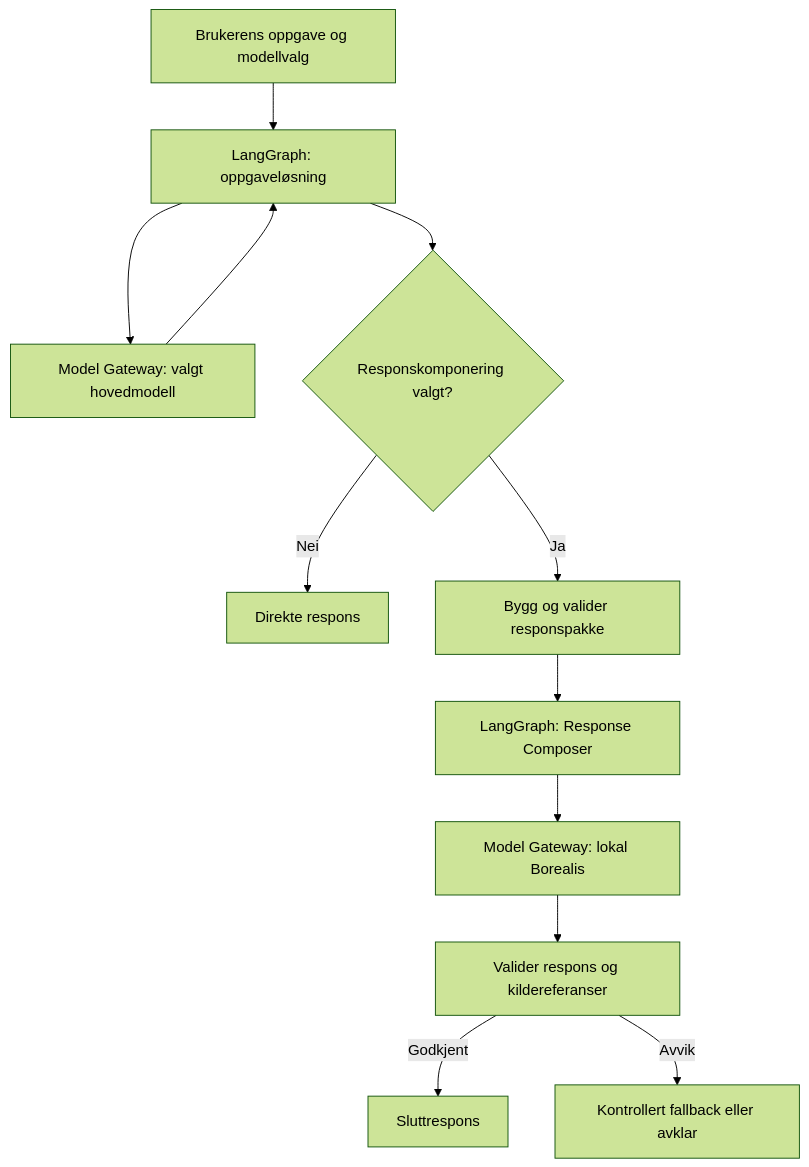
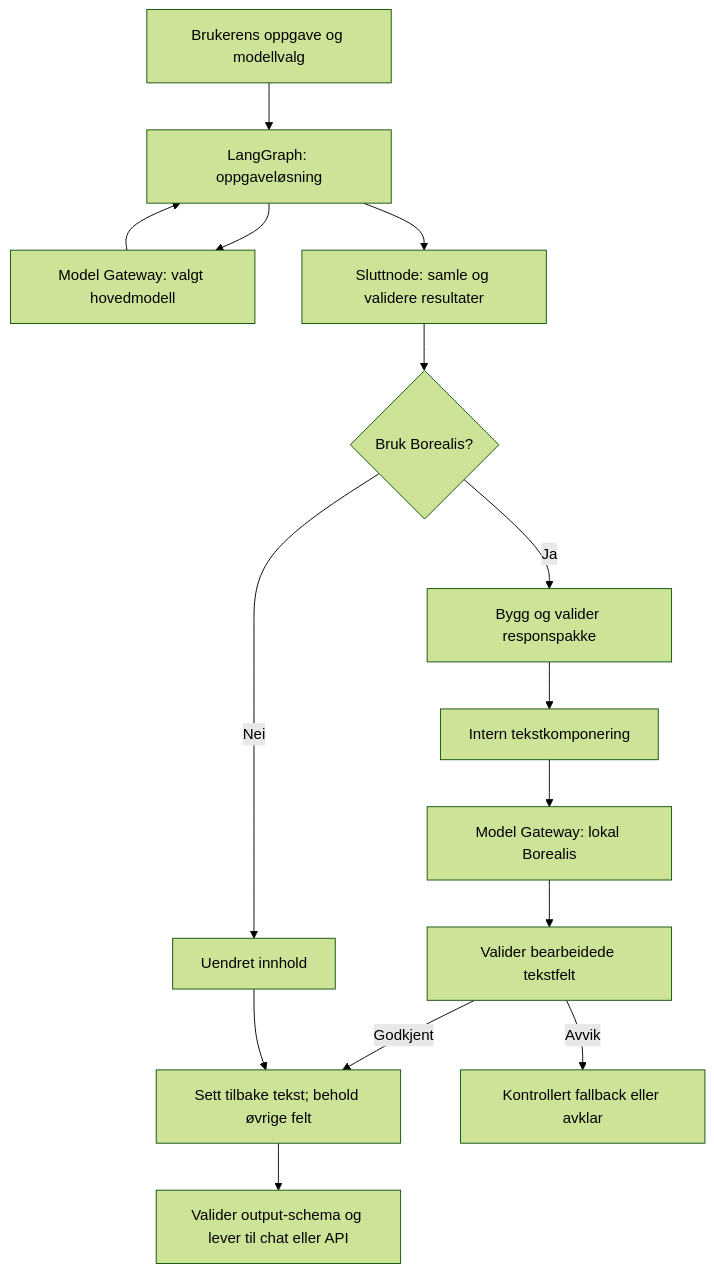
Before and after one commit to IvarRosenbergHVL/hvl-ki-documentation: the second of 2 diagrams in docs/utviklere/modeller.mdx, drawn with Mermaid (forest theme). The commit also changed other lines of this file and 3 other files, not shown here.

Commit message:
Refine Borealis 2 deployment and end-node composition for chat and API agents

````diff
--- a/docs/utviklere/modeller.mdx
+++ b/docs/utviklere/modeller.mdx
@@ -51,14 +51,17 @@
 ```mermaid
 flowchart TD
  A[Brukerens oppgave og modellvalg] --> B[LangGraph: oppgaveløsning]
  B --> G1[Model Gateway: valgt hovedmodell]
  G1 --> B
- B --> D{Responskomponering valgt?}
- D -->|Nei| F[Direkte respons]
+ B --> E[Sluttnode: samle og validere resultater]
+ E --> D{Bruk Borealis?}
+ D -->|Nei| F[Uendret innhold]
  D -->|Ja| C[Bygg og valider responspakke]
- C --> R[LangGraph: Response Composer]
+ C --> R[Intern tekstkomponering]
  R --> G2[Model Gateway: lokal Borealis]
- G2 --> V[Valider respons og kildereferanser]
- V -->|Godkjent| S[Sluttrespons]
+ G2 --> V[Valider bearbeidede tekstfelt]
+ V -->|Godkjent| J[Sett tilbake tekst; behold øvrige felt]
+ F --> J
+ J --> S[Valider output-schema og lever til chat eller API]
  V -->|Avvik| H[Kontrollert fallback eller avklar]
 ```
````
